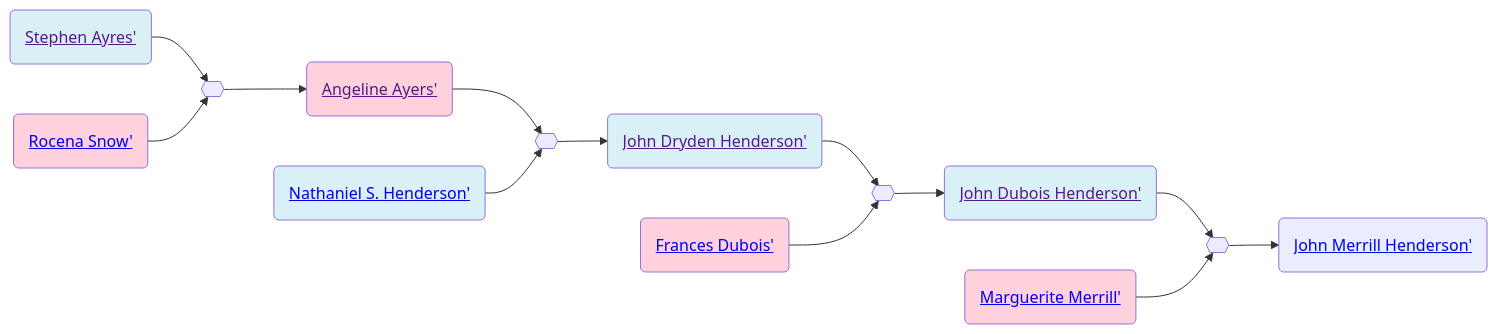
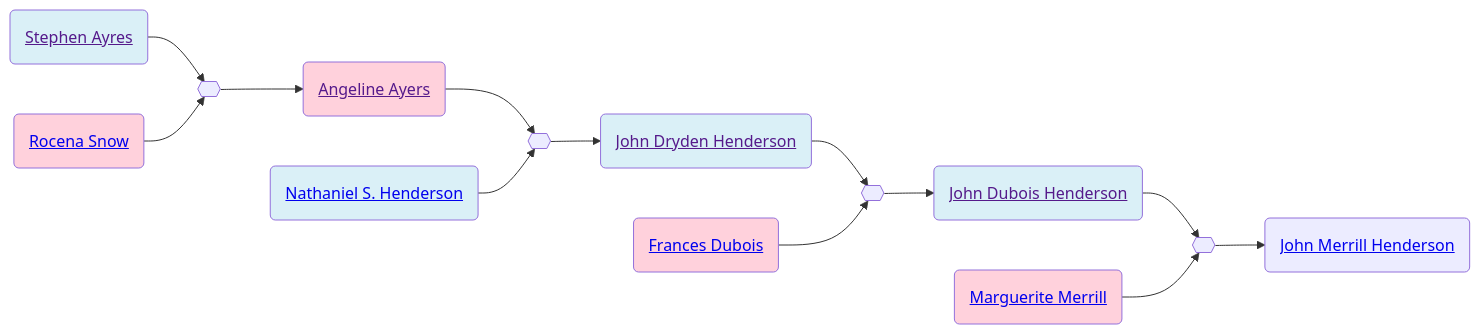
Before and after one commit to neelsmith/avocational: the second of 2 diagrams in familyhistory/sources/people/Henderson-line/Ayers-line/Stephen_Ayres.qmd, drawn with Mermaid. The commit also changed other lines of this file and 96 other files, not shown here.

````diff
--- a/familyhistory/sources/people/Henderson-line/Ayers-line/Stephen_Ayres.qmd
+++ b/familyhistory/sources/people/Henderson-line/Ayers-line/Stephen_Ayres.qmd
@@ -43,32 +43,32 @@
 ```{mermaid}
 graph LR
 %% LR descendant diagram
 class Stephen_Ayres_and_Rocena_Snow marriage
-Stephen_Ayres(<a href=''>Stephen Ayres'</>) --> Stephen_Ayres_and_Rocena_Snow{{ }}
-Rocena_Snow(<a href='./Rocena_Snow.html'>Rocena Snow'</>) --> Stephen_Ayres_and_Rocena_Snow{{ }}
+Stephen_Ayres(<a href=''>Stephen Ayres</a>) --> Stephen_Ayres_and_Rocena_Snow{{ }}
+Rocena_Snow(<a href='./Rocena_Snow.html'>Rocena Snow</a>) --> Stephen_Ayres_and_Rocena_Snow{{ }}
 class Stephen_Ayres father
 class Rocena_Snow mother
-Stephen_Ayres_and_Rocena_Snow{{ }} --> Angeline_Ayers(<a href='./Angeline_Ayers.html'>Angeline Ayers'</>)
+Stephen_Ayres_and_Rocena_Snow{{ }} --> Angeline_Ayers(<a href='./Angeline_Ayers.html'>Angeline Ayers</a>)
 class Angeline_Ayers_and_Nathaniel_S._Henderson marriage
-Angeline_Ayers(<a href=''>Angeline Ayers'</>) --> Angeline_Ayers_and_Nathaniel_S._Henderson{{ }}
-Nathaniel_S._Henderson(<a href='./../Nathaniel_S._Henderson.html'>Nathaniel S. Henderson'</>) --> Angeline_Ayers_and_Nathaniel_S._Henderson{{ }}
+Angeline_Ayers(<a href=''>Angeline Ayers</a>) --> Angeline_Ayers_and_Nathaniel_S._Henderson{{ }}
+Nathaniel_S._Henderson(<a href='./../Nathaniel_S._Henderson.html'>Nathaniel S. Henderson</a>) --> Angeline_Ayers_and_Nathaniel_S._Henderson{{ }}
 class Nathaniel_S._Henderson father
 class Angeline_Ayers mother
-Angeline_Ayers_and_Nathaniel_S._Henderson{{ }} --> John_Dryden_Henderson(<a href='./../John_Dryden_Henderson.html'>John Dryden Henderson'</>)
+Angeline_Ayers_and_Nathaniel_S._Henderson{{ }} --> John_Dryden_Henderson(<a href='./../John_Dryden_Henderson.html'>John Dryden Henderson</a>)
 class John_Dryden_Henderson_and_Frances_Dubois marriage
-John_Dryden_Henderson(<a href=''>John Dryden Henderson'</>) --> John_Dryden_Henderson_and_Frances_Dubois{{ }}
-Frances_Dubois(<a href='./Dubois-line/Frances_Dubois.html'>Frances Dubois'</>) --> John_Dryden_Henderson_and_Frances_Dubois{{ }}
+John_Dryden_Henderson(<a href=''>John Dryden Henderson</a>) --> John_Dryden_Henderson_and_Frances_Dubois{{ }}
+Frances_Dubois(<a href='./Dubois-line/Frances_Dubois.html'>Frances Dubois</a>) --> John_Dryden_Henderson_and_Frances_Dubois{{ }}
 class John_Dryden_Henderson father
 class Frances_Dubois mother
-John_Dryden_Henderson_and_Frances_Dubois{{ }} --> John_Dubois_Henderson(<a href='./John_Dubois_Henderson.html'>John Dubois Henderson'</>)
+John_Dryden_Henderson_and_Frances_Dubois{{ }} --> John_Dubois_Henderson(<a href='./John_Dubois_Henderson.html'>John Dubois Henderson</a>)
 class John_Dubois_Henderson_and_Marguerite_Merrill marriage
-John_Dubois_Henderson(<a href=''>John Dubois Henderson'</>) --> John_Dubois_Henderson_and_Marguerite_Merrill{{ }}
-Marguerite_Merrill(<a href='./../Merrill-line/Marguerite_Merrill.html'>Marguerite Merrill'</>) --> John_Dubois_Henderson_and_Marguerite_Merrill{{ }}
+John_Dubois_Henderson(<a href=''>John Dubois Henderson</a>) --> John_Dubois_Henderson_and_Marguerite_Merrill{{ }}
+Marguerite_Merrill(<a href='./../Merrill-line/Marguerite_Merrill.html'>Marguerite Merrill</a>) --> John_Dubois_Henderson_and_Marguerite_Merrill{{ }}
 class John_Dubois_Henderson father
 class Marguerite_Merrill mother
-John_Dubois_Henderson_and_Marguerite_Merrill{{ }} --> John_Merrill_Henderson(<a href='./John_Merrill_Henderson.html'>John Merrill Henderson'</>)
+John_Dubois_Henderson_and_Marguerite_Merrill{{ }} --> John_Merrill_Henderson(<a href='./John_Merrill_Henderson.html'>John Merrill Henderson</a>)
 classDef mother fill:#ffd1dc
 classDef father fill:#daf0f7  
 classDef marriage fill:#ffffff
 
 ```
````
